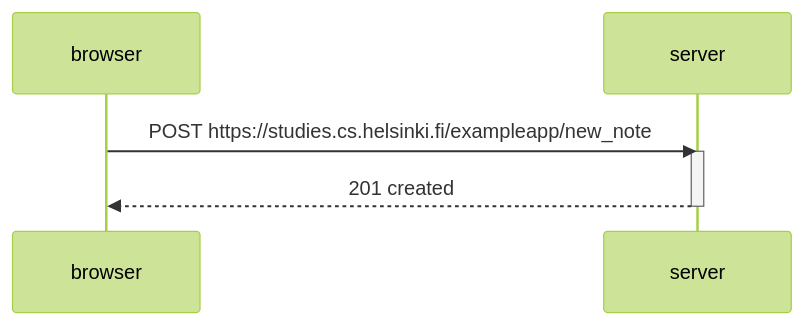
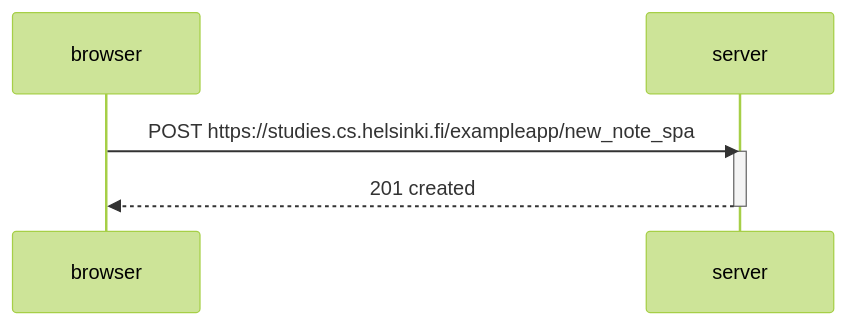
The diagram in 0.6_uusi_muistiinpano.md (romppju/full_stack_open_0), drawn with Mermaid (forest theme) before and after one commit.

````diff
--- a/0.6_uusi_muistiinpano.md
+++ b/0.6_uusi_muistiinpano.md
@@ -1,10 +1,10 @@
 ```mermaid
 sequenceDiagram
     participant browser
     participant server
     
-    browser->>server: POST https://studies.cs.helsinki.fi/exampleapp/new_note
+    browser->>server: POST https://studies.cs.helsinki.fi/exampleapp/new_note_spa
     activate server
     server-->>browser: 201 created
     deactivate server
 ```
````
